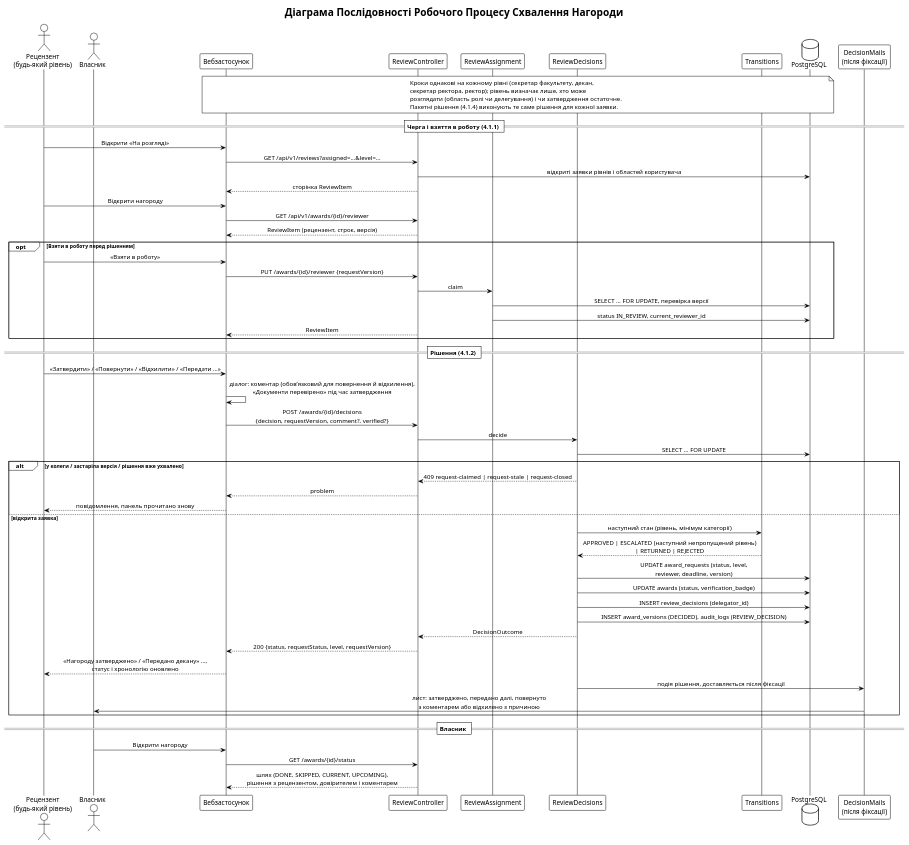
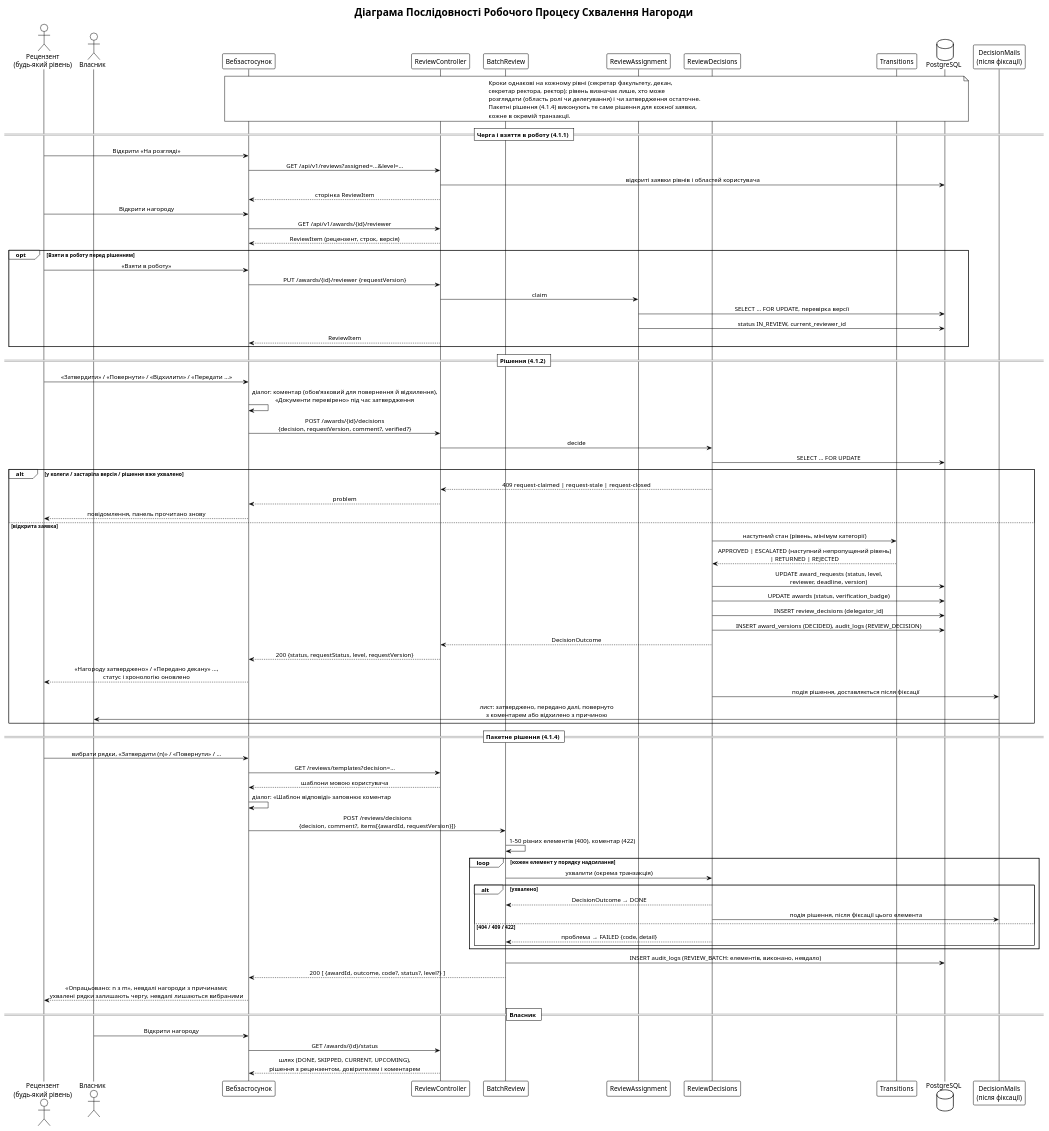
Before and after one commit to StKostyk/award-monitoring-system: the diagram in docs/ua/diagrams/uml/sequence-approval-workflow.puml, drawn with PlantUML. The commit also changed 53 other files, not shown here.

```diff
--- a/docs/ua/diagrams/uml/sequence-approval-workflow.puml
+++ b/docs/ua/diagrams/uml/sequence-approval-workflow.puml
@@ -1,71 +1,93 @@
 @startuml Sequence_Approval_Workflow_UA
 !theme plain
 skinparam sequenceMessageAlign center
 
 title Діаграма Послідовності Робочого Процесу Схвалення Нагороди
 
 actor "Рецензент\n(будь-який рівень)" as reviewer
 actor "Власник" as owner
 participant "Вебзастосунок" as webapp
 participant "ReviewController" as api
+participant "BatchReview" as batch
 participant "ReviewAssignment" as assignment
 participant "ReviewDecisions" as decisions
 participant "Transitions" as transitions
 database "PostgreSQL" as db
 participant "DecisionMails\n(після фіксації)" as mails
 
 note over webapp, db
     Кроки однакові на кожному рівні (секретар факультету, декан,
     секретар ректора, ректор); рівень визначає лише, хто може
     розглядати (область ролі чи делегування) і чи затвердження остаточне.
-    Пакетні рішення (4.1.4) виконують те саме рішення для кожної заявки.
+    Пакетні рішення (4.1.4) виконують те саме рішення для кожної заявки,
+    кожне в окремій транзакції.
 end note
 
 == Черга і взяття в роботу (4.1.1) ==
 reviewer -> webapp: Відкрити «На розгляді»
 webapp -> api: GET /api/v1/reviews?assigned=…&level=…
 api -> db: відкриті заявки рівнів і областей користувача
 api --> webapp: сторінка ReviewItem
 reviewer -> webapp: Відкрити нагороду
 webapp -> api: GET /api/v1/awards/{id}/reviewer
 api --> webapp: ReviewItem (рецензент, строк, версія)
 
 opt Взяти в роботу перед рішенням
     reviewer -> webapp: «Взяти в роботу»
     webapp -> api: PUT /awards/{id}/reviewer {requestVersion}
     api -> assignment: claim
     assignment -> db: SELECT … FOR UPDATE, перевірка версії
     assignment -> db: status IN_REVIEW, current_reviewer_id
     api --> webapp: ReviewItem
 end
 
 == Рішення (4.1.2) ==
 reviewer -> webapp: «Затвердити» / «Повернути» / «Відхилити» / «Передати …»
 webapp -> webapp: діалог: коментар (обов’язковий для повернення й відхилення),\n«Документи перевірено» під час затвердження
 webapp -> api: POST /awards/{id}/decisions\n{decision, requestVersion, comment?, verified?}
 api -> decisions: decide
 decisions -> db: SELECT … FOR UPDATE
 alt у колеги / застаріла версія / рішення вже ухвалено
     decisions --> api: 409 request-claimed | request-stale | request-closed
     api --> webapp: problem
     webapp --> reviewer: повідомлення, панель прочитано знову
 else відкрита заявка
     decisions -> transitions: наступний стан (рівень, мінімум категорії)
     transitions --> decisions: APPROVED | ESCALATED (наступний непропущений рівень)\n| RETURNED | REJECTED
     decisions -> db: UPDATE award_requests (status, level,\nreviewer, deadline, version)
     decisions -> db: UPDATE awards (status, verification_badge)
     decisions -> db: INSERT review_decisions (delegator_id)
     decisions -> db: INSERT award_versions (DECIDED), audit_logs (REVIEW_DECISION)
     decisions --> api: DecisionOutcome
     api --> webapp: 200 {status, requestStatus, level, requestVersion}
     webapp --> reviewer: «Нагороду затверджено» / «Передано декану» …,\nстатус і хронологію оновлено
     decisions -> mails: подія рішення, доставляється після фіксації
     mails -> owner: лист: затверджено, передано далі, повернуто\nз коментарем або відхилено з причиною
 end
 
+== Пакетне рішення (4.1.4) ==
+reviewer -> webapp: вибрати рядки, «Затвердити (n)» / «Повернути» / …
+webapp -> api: GET /reviews/templates?decision=…
+api --> webapp: шаблони мовою користувача
+webapp -> webapp: діалог: «Шаблон відповіді» заповнює коментар
+webapp -> batch: POST /reviews/decisions\n{decision, comment?, items[{awardId, requestVersion}]}
+batch -> batch: 1–50 різних елементів (400), коментар (422)
+loop кожен елемент у порядку надсилання
+    batch -> decisions: ухвалити (окрема транзакція)
+    alt ухвалено
+        decisions --> batch: DecisionOutcome → DONE
+        decisions -> mails: подія рішення, після фіксації цього елемента
+    else 404 / 409 / 422
+        decisions --> batch: проблема → FAILED {code, detail}
+    end
+end
+batch -> db: INSERT audit_logs (REVIEW_BATCH: елементів, виконано, невдало)
+batch --> webapp: 200 [ {awardId, outcome, code?, status?, level?} ]
+webapp --> reviewer: «Опрацьовано: n з m», невдалі нагороди з причинами;\nухвалені рядки залишають чергу, невдалі лишаються вибраними
+
 == Власник ==
 owner -> webapp: Відкрити нагороду
 webapp -> api: GET /awards/{id}/status
 api --> webapp: шлях (DONE, SKIPPED, CURRENT, UPCOMING),\nрішення з рецензентом, довірителем і коментарем
 
 @enduml
```
